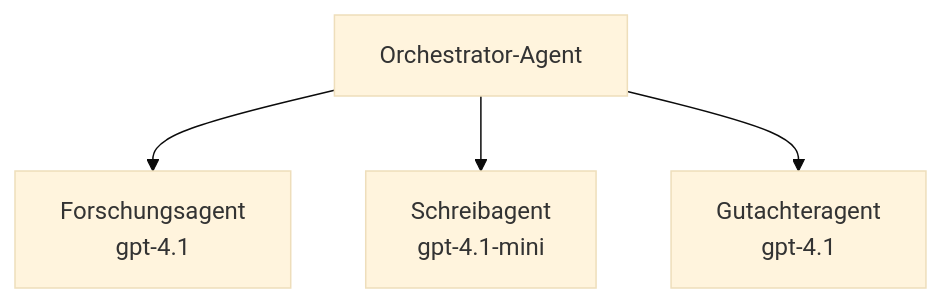
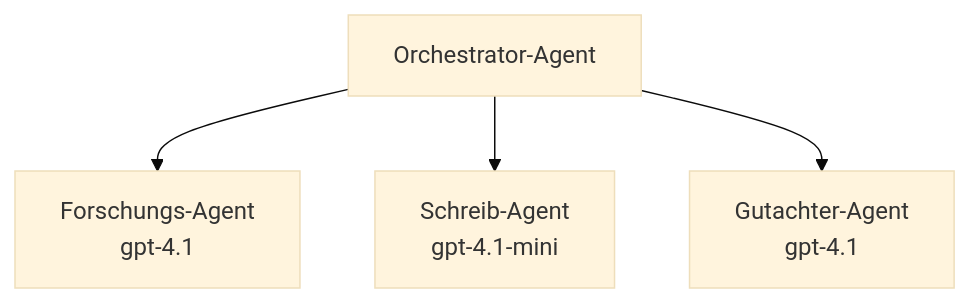
One commit to microsoft/AZD-for-beginners changed the third of 3 diagrams in translations/de/docs/chapter-02-ai-development/agents.md. Above: the diagram before and after it, drawn with Mermaid (base theme). The commit also changed other lines of this file and 101 other files, not shown here.

````diff
--- a/translations/de/docs/chapter-02-ai-development/agents.md
+++ b/translations/de/docs/chapter-02-ai-development/agents.md
@@ -189,6 +194,6 @@
 ```mermaid
 graph TD
-    Orchestrator[Orchestrator-Agent] --> Research[Forschungsagent<br/>gpt-4.1]
-    Orchestrator --> Writer[Schreibagent<br/>gpt-4.1-mini]
-    Orchestrator --> Reviewer[Gutachteragent<br/>gpt-4.1]
+    Orchestrator[Orchestrator-Agent] --> Research[Forschungs-Agent<br/>gpt-4.1]
+    Orchestrator --> Writer[Schreib-Agent<br/>gpt-4.1-mini]
+    Orchestrator --> Reviewer[Gutachter-Agent<br/>gpt-4.1]
 ```
````
